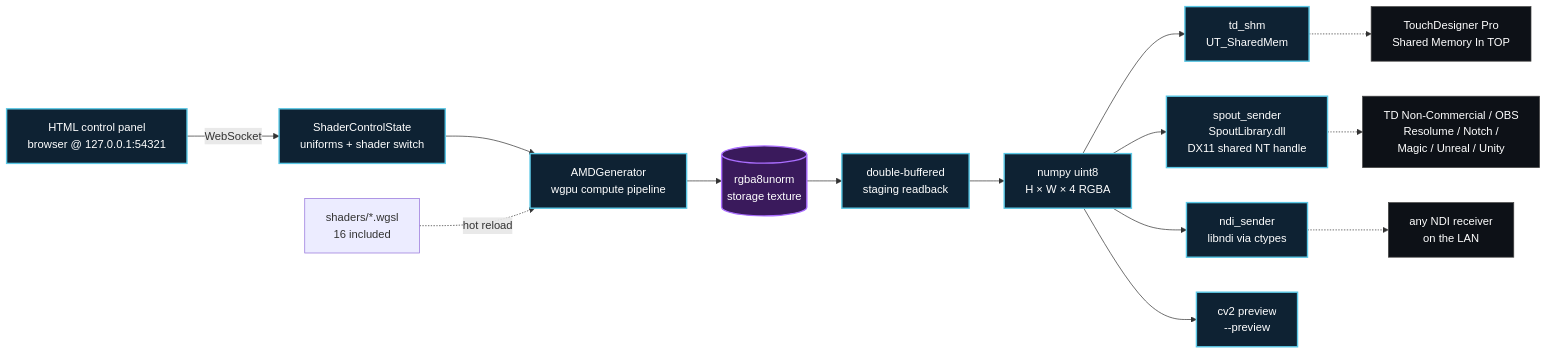
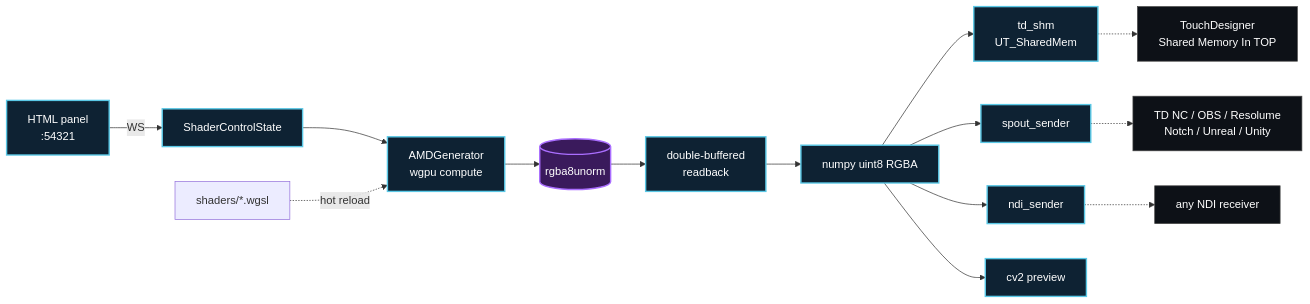
One commit to UnveilStudio/wgsl-shm changed the diagram in README.md. Above: the diagram before and after it, drawn with Mermaid. The commit also changed other lines of this file and 1 other file, not shown here.

First line of the commit message:
docs: trim README, add control panel screenshot

````diff
--- a/README.md
+++ b/README.md
@@ -53,23 +28,23 @@
 ```mermaid
 flowchart LR
-    UI[HTML control panel<br/>browser @ 127.0.0.1:54321] -- WebSocket --> STATE[ShaderControlState<br/>uniforms + shader switch]
-    STATE --> GEN[AMDGenerator<br/>wgpu compute pipeline]
-    SHADER[shaders/*.wgsl<br/>16 included] -.hot reload.-> GEN
-    GEN --> TEX[(rgba8unorm<br/>storage texture)]
-    TEX --> RB[double-buffered<br/>staging readback]
-    RB --> FRAME[numpy uint8<br/>H × W × 4 RGBA]
+    UI[HTML panel<br/>:54321] -- WS --> STATE[ShaderControlState]
+    STATE --> GEN[AMDGenerator<br/>wgpu compute]
+    SHADER[shaders/*.wgsl] -.hot reload.-> GEN
+    GEN --> TEX[(rgba8unorm)]
+    TEX --> RB[double-buffered<br/>readback]
+    RB --> FRAME[numpy uint8 RGBA]
     FRAME --> SHM[td_shm<br/>UT_SharedMem]
-    FRAME --> SPOUT[spout_sender<br/>SpoutLibrary.dll<br/>DX11 shared NT handle]
-    FRAME --> NDI[ndi_sender<br/>libndi via ctypes]
-    FRAME --> CV2[cv2 preview<br/>--preview]
-    SHM -.-> TD[TouchDesigner Pro<br/>Shared Memory In TOP]
-    SPOUT -.-> SPR[TD Non-Commercial / OBS<br/>Resolume / Notch /<br/>Magic / Unreal / Unity]
-    NDI -.-> EXT[any NDI receiver<br/>on the LAN]
+    FRAME --> SPOUT[spout_sender]
+    FRAME --> NDI[ndi_sender]
+    FRAME --> CV2[cv2 preview]
+    SHM -.-> TD[TouchDesigner<br/>Shared Memory In TOP]
+    SPOUT -.-> SPR[TD NC / OBS / Resolume<br/>Notch / Unreal / Unity]
+    NDI -.-> EXT[any NDI receiver]
 
     classDef py fill:#0e2233,stroke:#5ac8e6,stroke-width:2px,color:#fff
     classDef gpu fill:#3a1a5c,stroke:#aa6eff,stroke-width:2px,color:#fff
     classDef sys fill:#0d1117,stroke:#444,color:#fff
     class UI,STATE,GEN,RB,FRAME,SHM,SPOUT,NDI,CV2 py
     class TEX gpu
     class TD,SPR,EXT sys
 ```
````
